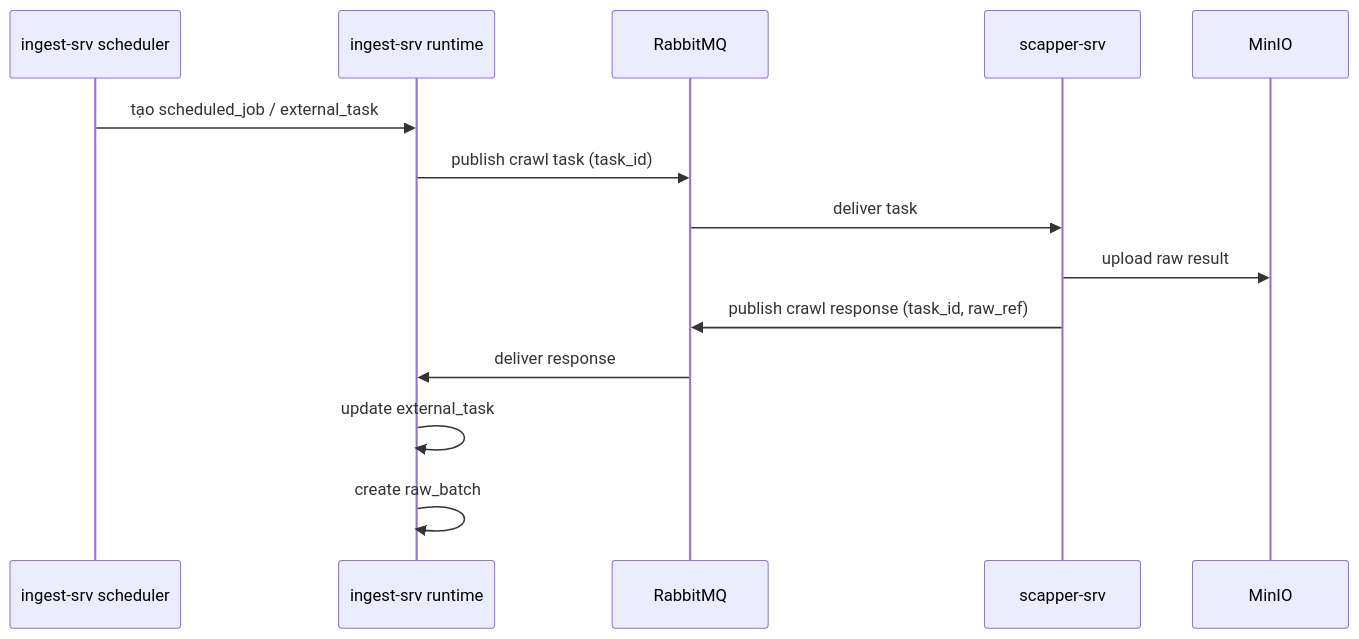
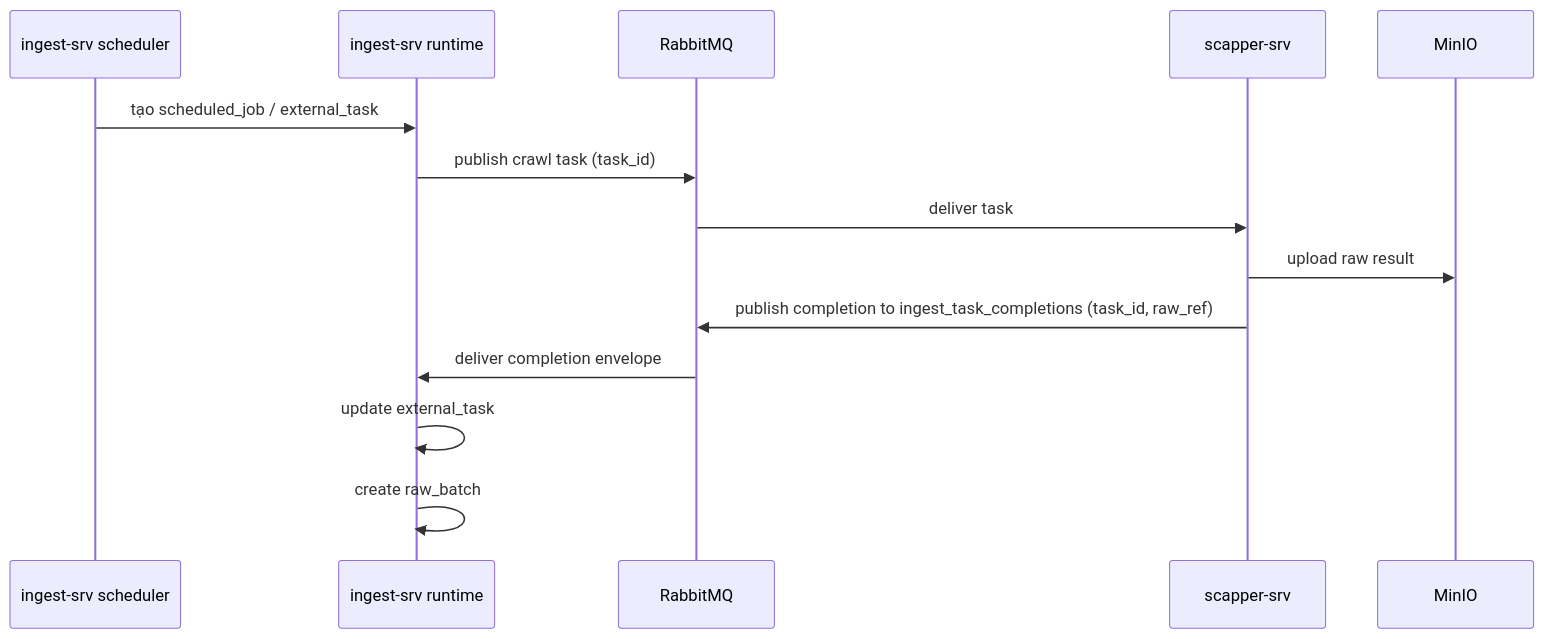
The second of 10 diagrams in README.md (smap-hcmut/ingest-srv), drawn with Mermaid before and after one commit. The commit also changed other lines of this file and 65 other files, not shown here.

````diff
--- a/README.md
+++ b/README.md
@@ -126,17 +126,17 @@
 ```mermaid
 sequenceDiagram
     participant SCH as ingest-srv scheduler
     participant ING as ingest-srv runtime
     participant MQ as RabbitMQ
     participant SCP as scapper-srv
     participant MIN as MinIO
 
     SCH->>ING: tạo scheduled_job / external_task
     ING->>MQ: publish crawl task (task_id)
     MQ->>SCP: deliver task
     SCP->>MIN: upload raw result
-    SCP->>MQ: publish crawl response (task_id, raw_ref)
-    MQ->>ING: deliver response
+    SCP->>MQ: publish completion to ingest_task_completions (task_id, raw_ref)
+    MQ->>ING: deliver completion envelope
     ING->>ING: update external_task
     ING->>ING: create raw_batch
 ```
````
